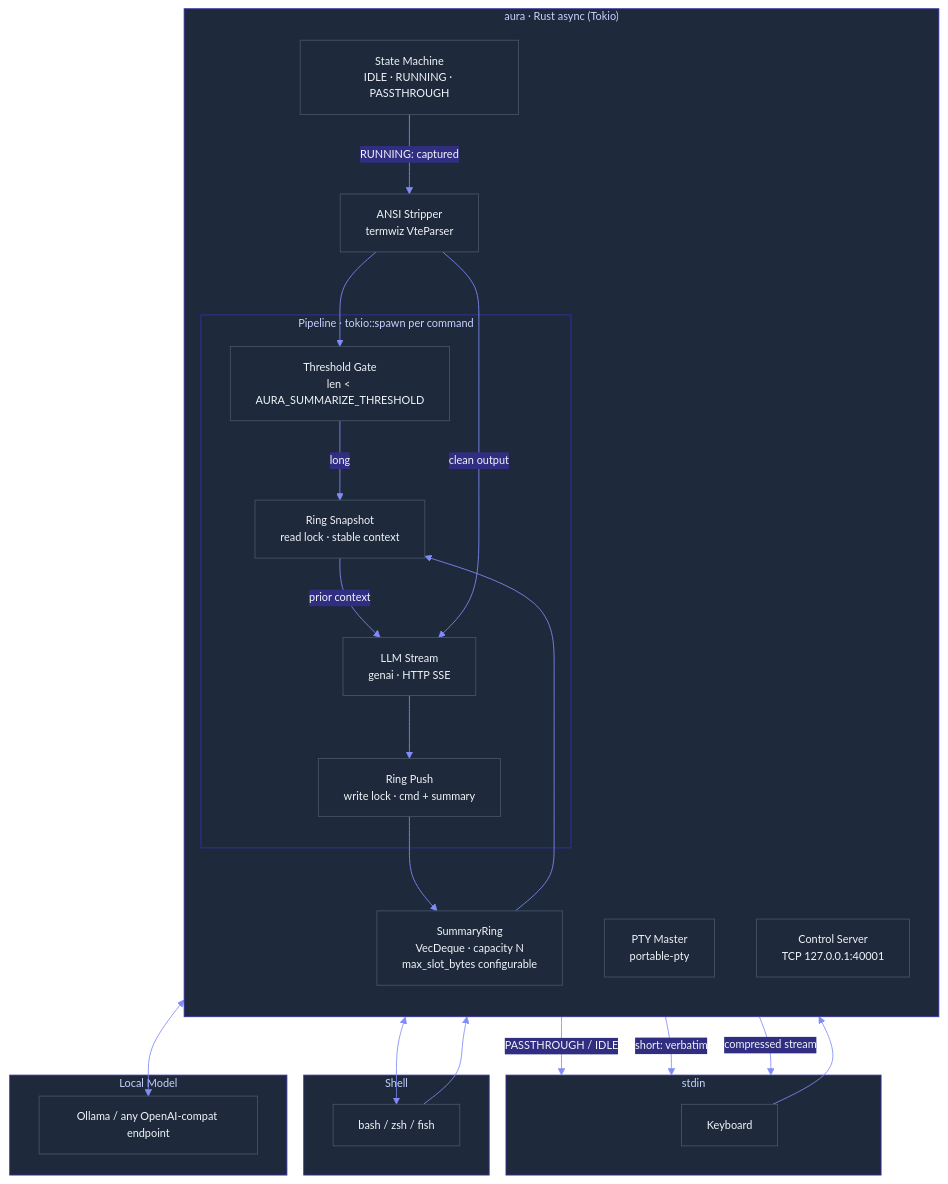
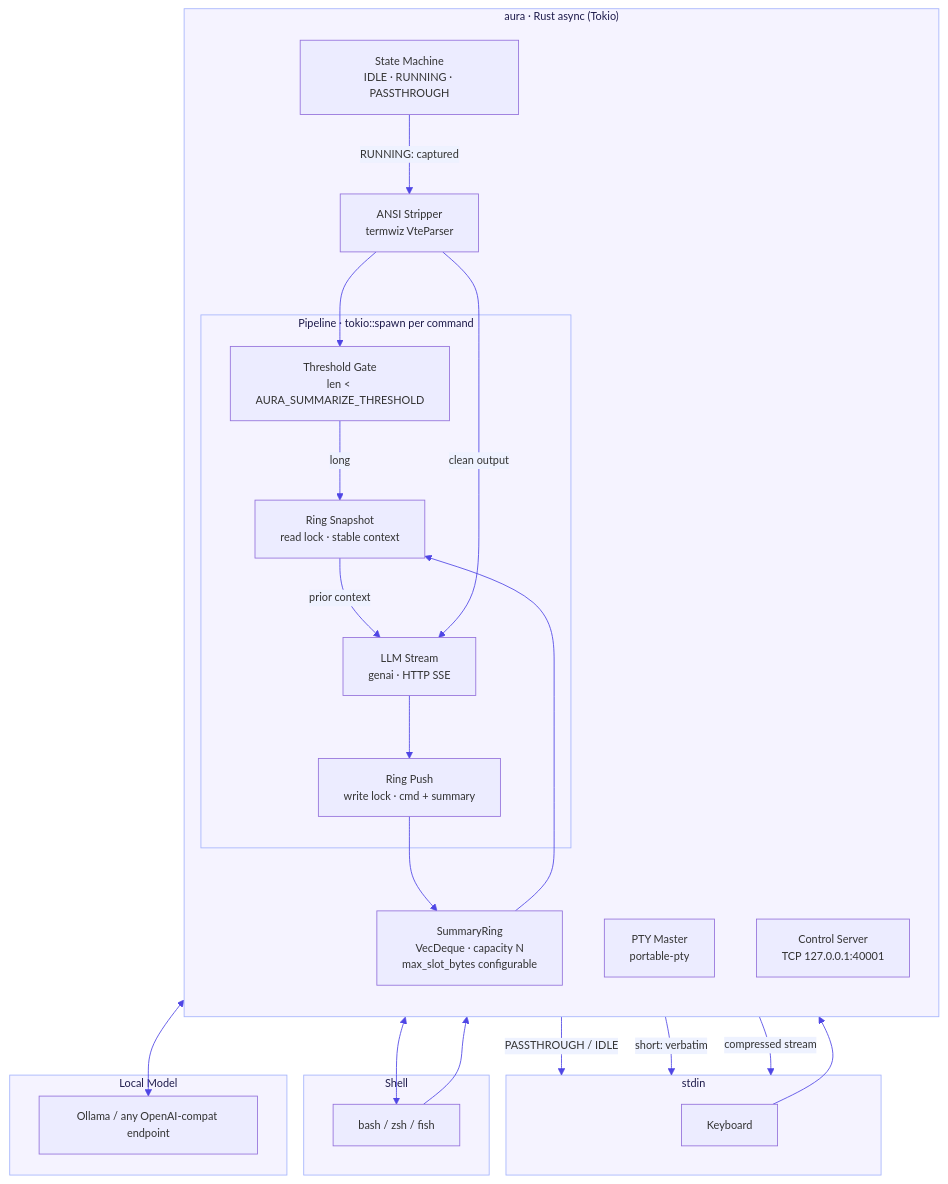
One commit to thimbleberrysystems/aura changed the second of 2 diagrams in README.md. Above: the diagram before and after it, drawn with Mermaid. The commit also changed other lines of this file, not shown here.

Commit message:
docs: lighter diagram theme, remove stale old README content

````diff
--- a/README.md
+++ b/README.md
@@ -137,48 +137,48 @@
 ```mermaid
-%%{init: {'theme': 'base', 'themeVariables': {'primaryColor': '#1E293B', 'primaryTextColor': '#F1F5F9', 'primaryBorderColor': '#475569', 'lineColor': '#818CF8', 'secondaryColor': '#1E293B', 'tertiaryColor': '#0F172A', 'clusterBkg': '#1E293B', 'clusterBorder': '#3730A3', 'titleColor': '#C7D2FE', 'edgeLabelBackground': '#312E81', 'fontSize': '13px'}}}%%
+%%{init: {'theme': 'default', 'themeVariables': {'primaryColor': '#EEF2FF', 'primaryTextColor': '#1E1B4B', 'primaryBorderColor': '#6366F1', 'lineColor': '#4F46E5', 'secondaryColor': '#F5F3FF', 'tertiaryColor': '#FAFAFA', 'clusterBkg': '#F5F3FF', 'clusterBorder': '#A5B4FC', 'titleColor': '#1E1B4B', 'edgeLabelBackground': '#EEF2FF', 'fontSize': '13px'}}}%%
 flowchart TD
     subgraph USER["stdin"]
         KBD["Keyboard"]
     end
 
     subgraph DAEMON["aura  ·  Rust async (Tokio)"]
         direction TB
         PTY["PTY Master\nportable-pty"]
         SM["State Machine\nIDLE · RUNNING · PASSTHROUGH"]
         STRIP2["ANSI Stripper\ntermwiz VteParser"]
 
         subgraph PIPELINE["Pipeline  ·  tokio::spawn per command"]
             GATE["Threshold Gate\nlen < AURA_SUMMARIZE_THRESHOLD"]
             SNAP["Ring Snapshot\nread lock · stable context"]
             CALL["LLM Stream\ngenai · HTTP SSE"]
             PUSH["Ring Push\nwrite lock · cmd + summary"]
         end
 
         RING2["SummaryRing\nVecDeque · capacity N\nmax_slot_bytes configurable"]
         CTRL["Control Server\nTCP 127.0.0.1:40001"]
     end
 
     subgraph SHELL2["Shell"]
         SH["bash / zsh / fish"]
     end
 
     subgraph MODEL["Local Model"]
         OLLAMA2["Ollama / any OpenAI-compat endpoint"]
     end
 
     KBD --> PTY
     PTY <--> SH
     SH --> SM
     SM -->|PASSTHROUGH / IDLE| USER
     SM -->|RUNNING: captured| STRIP2
     STRIP2 --> GATE
     GATE -->|short: verbatim| USER
     GATE -->|long| SNAP
     SNAP -->|prior context| CALL
     STRIP2 -->|clean output| CALL
     CALL <--> OLLAMA2
     CALL -->|compressed stream| USER
     CALL --> PUSH
     PUSH --> RING2
     RING2 --> SNAP
 ```
````
